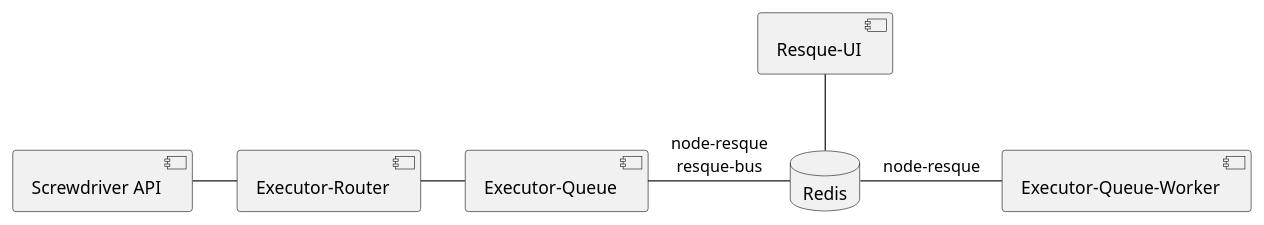
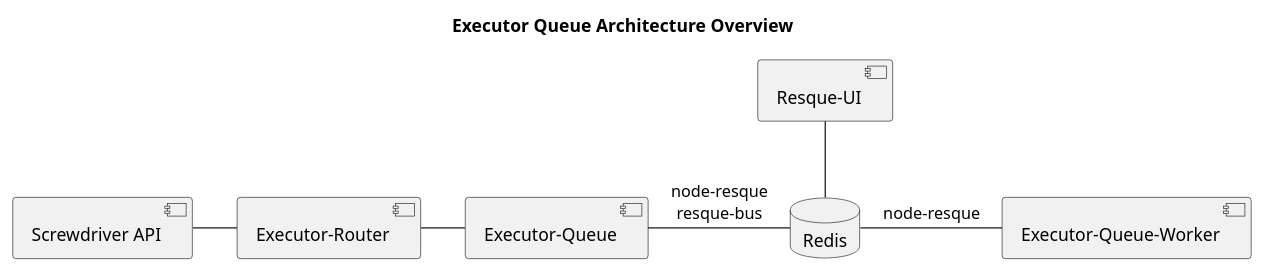
The diagram in design/diagrams/executor-queue-architecture.puml (screwdriver-cd/screwdriver), drawn with PlantUML before and after one commit. The commit also changed 1 other file, not shown here.

```diff
--- a/design/diagrams/executor-queue-architecture.puml
+++ b/design/diagrams/executor-queue-architecture.puml
@@ -1,15 +1,18 @@
 @startuml
+
+title Executor Queue Architecture Overview
+
 database "Redis"
-
 component "Screwdriver API" as SDAPI
 component "Executor-Queue" as executor
 component "Executor-Queue-Worker" as worker
 component "Resque-UI" as ui
 component "Executor-Router" as router
 
 SDAPI - router
 router - executor
 executor - Redis : node-resque\nresque-bus
 Redis - worker : node-resque
 Redis -up- ui
+
 @enduml
```
